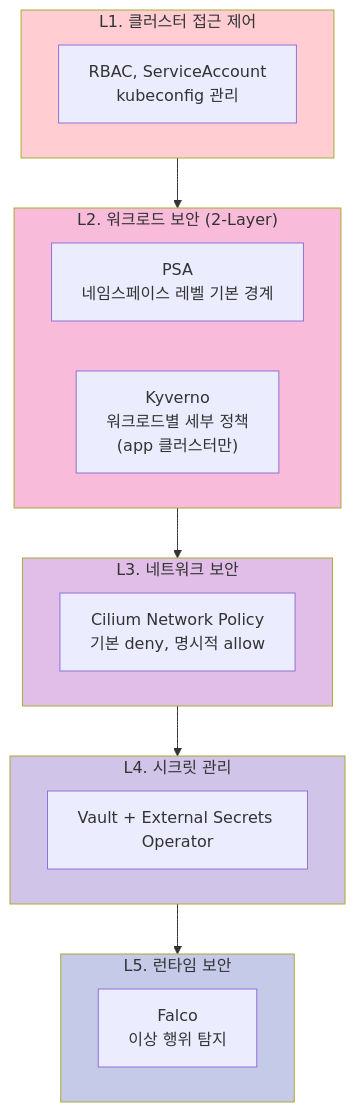
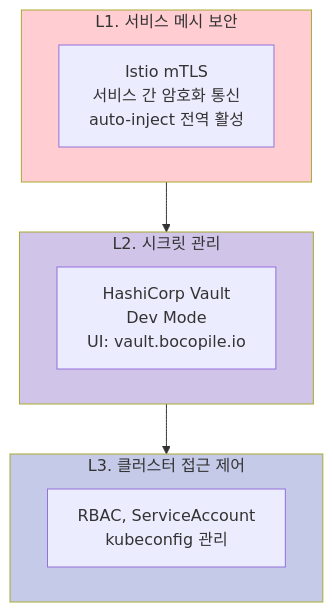
The fourth of 5 diagrams in document/on-premise/ARCHITECTURE.md (bocopile/mac-k8s-multipass-terraform), drawn with Mermaid before and after one commit. The commit also changed other lines of this file and 3 other files, not shown here.

````diff
--- a/document/on-premise/ARCHITECTURE.md
+++ b/document/on-premise/ARCHITECTURE.md
@@ -374,31 +389,20 @@
 ```mermaid
 flowchart TB
-    subgraph L1["L1. 클러스터 접근 제어"]
+    subgraph L1["L1. 서비스 메시 보안"]
+        istio["Istio mTLS<br/>서비스 간 암호화 통신<br/>auto-inject 전역 활성"]
+    end
+
+    subgraph L2["L2. 시크릿 관리"]
+        vault["HashiCorp Vault<br/>Dev Mode<br/>UI: vault.bocopile.io"]
+    end
+
+    subgraph L3["L3. 클러스터 접근 제어"]
         access["RBAC, ServiceAccount<br/>kubeconfig 관리"]
     end
 
-    subgraph L2["L2. 워크로드 보안 (2-Layer)"]
-        PSA["PSA<br/>네임스페이스 레벨 기본 경계"]
-        Kyverno["Kyverno<br/>워크로드별 세부 정책<br/>(app 클러스터만)"]
-    end
-
-    subgraph L3["L3. 네트워크 보안"]
-        netpol["Cilium Network Policy<br/>기본 deny, 명시적 allow"]
-    end
-
-    subgraph L4["L4. 시크릿 관리"]
-        secrets["Vault + External Secrets Operator"]
-    end
-
-    subgraph L5["L5. 런타임 보안"]
-        runtime["Falco<br/>이상 행위 탐지"]
-    end
-
-    L1 --> L2 --> L3 --> L4 --> L5
+    L1 --> L2 --> L3
 
     style L1 fill:#ffcdd2
-    style L2 fill:#f8bbd9
-    style L3 fill:#e1bee7
-    style L4 fill:#d1c4e9
-    style L5 fill:#c5cae9
+    style L2 fill:#d1c4e9
+    style L3 fill:#c5cae9
 ```
````
